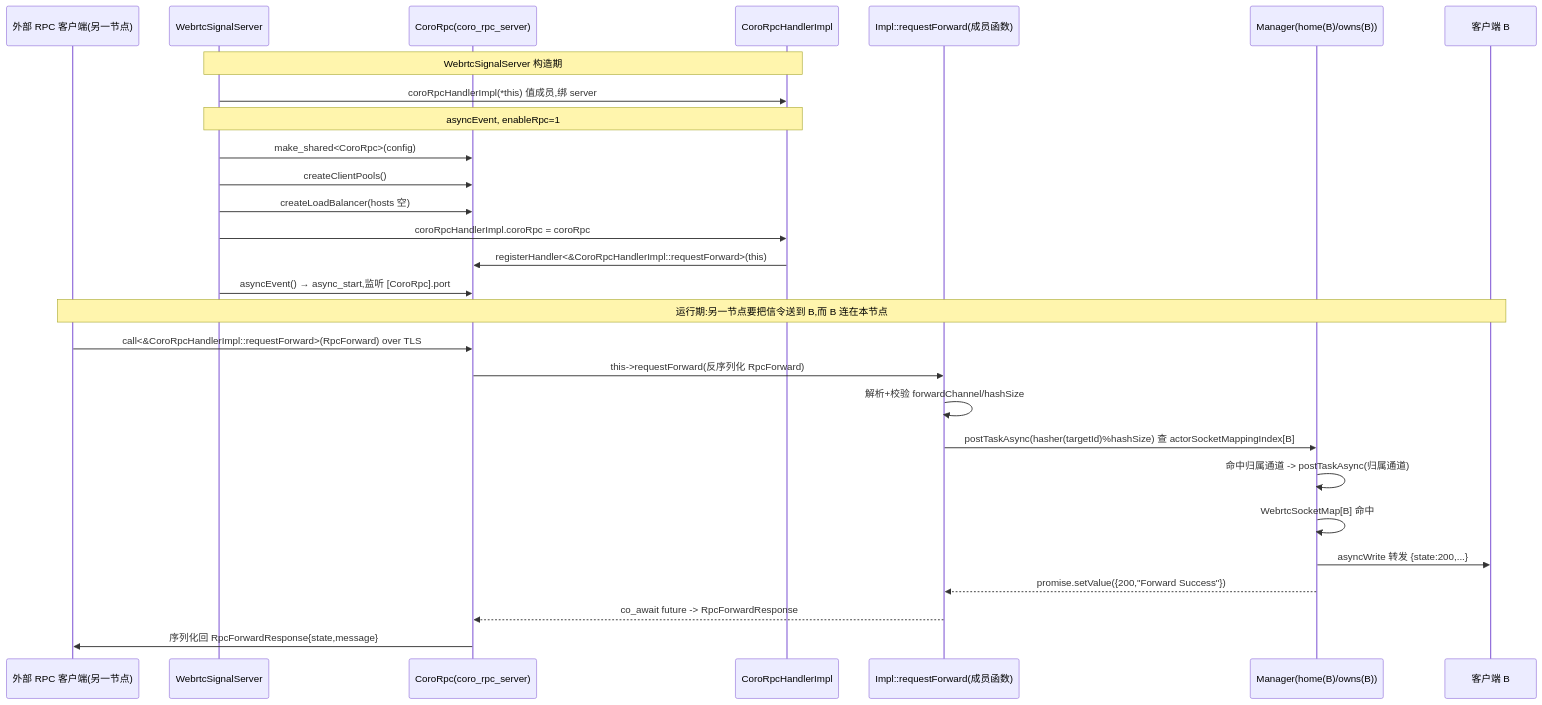
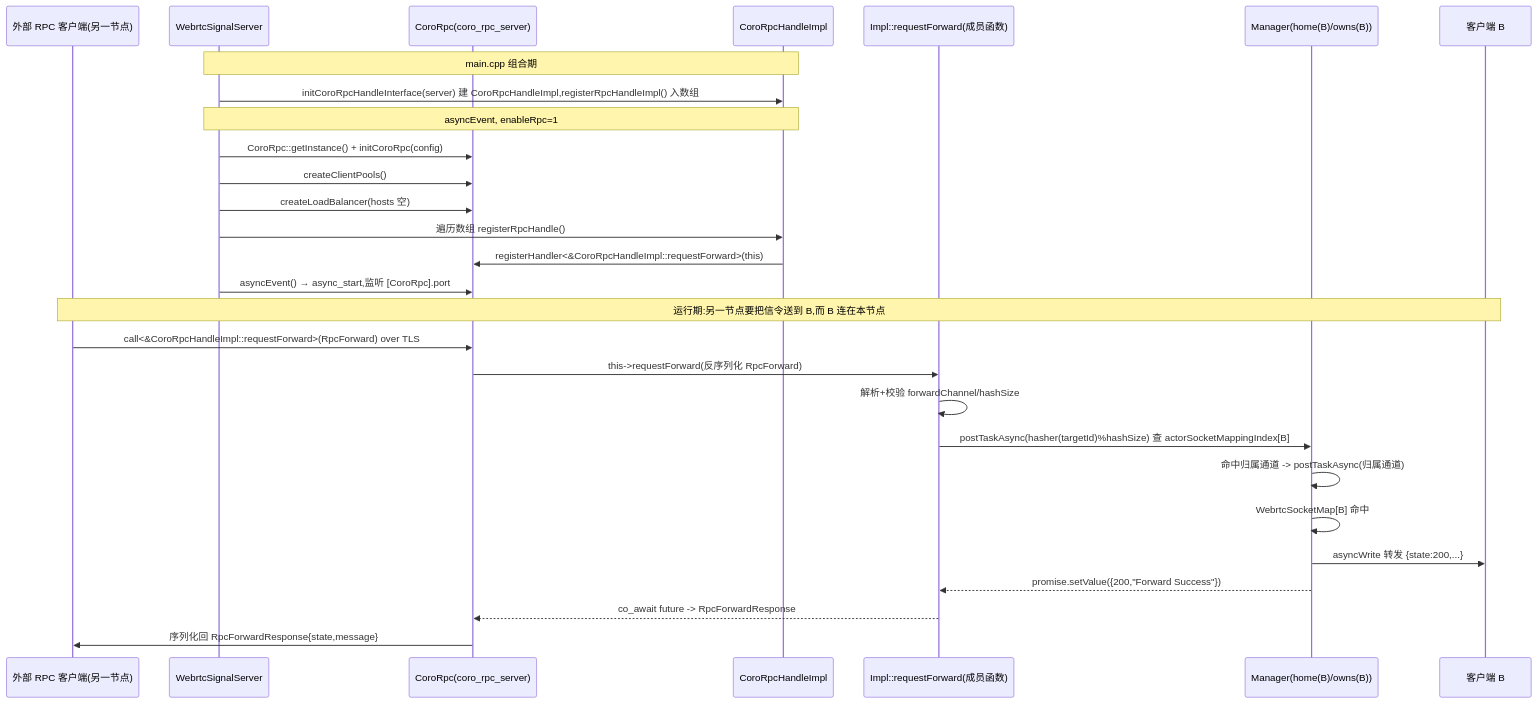
One commit to HopeTiga/HopeDesk changed the fifth of 5 diagrams in WebrtcSignalServer.md. Above: the diagram before and after it, drawn with Mermaid. The commit also changed other lines of this file, not shown here.

````diff
--- a/WebrtcSignalServer.md
+++ b/WebrtcSignalServer.md
@@ -528,30 +535,30 @@
 ```mermaid
 sequenceDiagram
   participant Cli as 外部 RPC 客户端(另一节点)
   participant Srv as WebrtcSignalServer
   participant Rpc as CoroRpc(coro_rpc_server)
-  participant Impl as CoroRpcHandlerImpl
+  participant Impl as CoroRpcHandleImpl
   participant Fn as Impl::requestForward(成员函数)
   participant Mb as Manager(home(B)/owns(B))
   participant B as 客户端 B
-  Note over Srv,Impl: WebrtcSignalServer 构造期
-  Srv->>Impl: coroRpcHandlerImpl(*this) 值成员,绑 server
+  Note over Srv,Impl: main.cpp 组合期
+  Srv->>Impl: initCoroRpcHandleInterface(server) 建 CoroRpcHandleImpl,registerRpcHandleImpl() 入数组
   Note over Srv,Impl: asyncEvent, enableRpc=1
-  Srv->>Rpc: make_shared<CoroRpc>(config)
+  Srv->>Rpc: CoroRpc::getInstance() + initCoroRpc(config)
   Srv->>Rpc: createClientPools()
   Srv->>Rpc: createLoadBalancer(hosts 空)
-  Srv->>Impl: coroRpcHandlerImpl.coroRpc = coroRpc
-  Impl->>Rpc: registerHandler<&CoroRpcHandlerImpl::requestForward>(this)
+  Srv->>Impl: 遍历数组 registerRpcHandle()
+  Impl->>Rpc: registerHandler<&CoroRpcHandleImpl::requestForward>(this)
   Srv->>Rpc: asyncEvent() → async_start,监听 [CoroRpc].port
   Note over Cli,B: 运行期:另一节点要把信令送到 B,而 B 连在本节点
-  Cli->>Rpc: call<&CoroRpcHandlerImpl::requestForward>(RpcForward) over TLS
+  Cli->>Rpc: call<&CoroRpcHandleImpl::requestForward>(RpcForward) over TLS
   Rpc->>Fn: this->requestForward(反序列化 RpcForward)
   Fn->>Fn: 解析+校验 forwardChannel/hashSize
   Fn->>Mb: postTaskAsync(hasher(targetId)%hashSize) 查 actorSocketMappingIndex[B]
   Mb->>Mb: 命中归属通道 -> postTaskAsync(归属通道)
   Mb->>Mb: WebrtcSocketMap[B] 命中
   Mb->>B: asyncWrite 转发 {state:200,...}
   Mb-->>Fn: promise.setValue({200,"Forward Success"})
   Fn-->>Rpc: co_await future -> RpcForwardResponse
   Rpc->>Cli: 序列化回 RpcForwardResponse{state,message}
 ```
````
